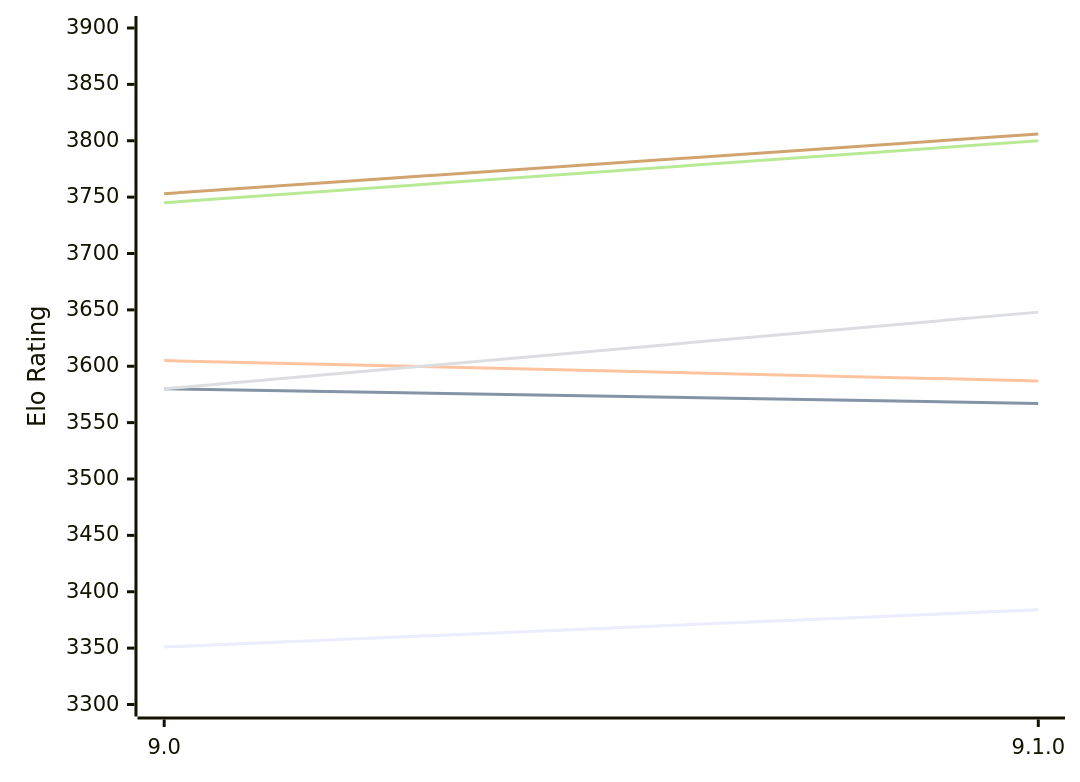
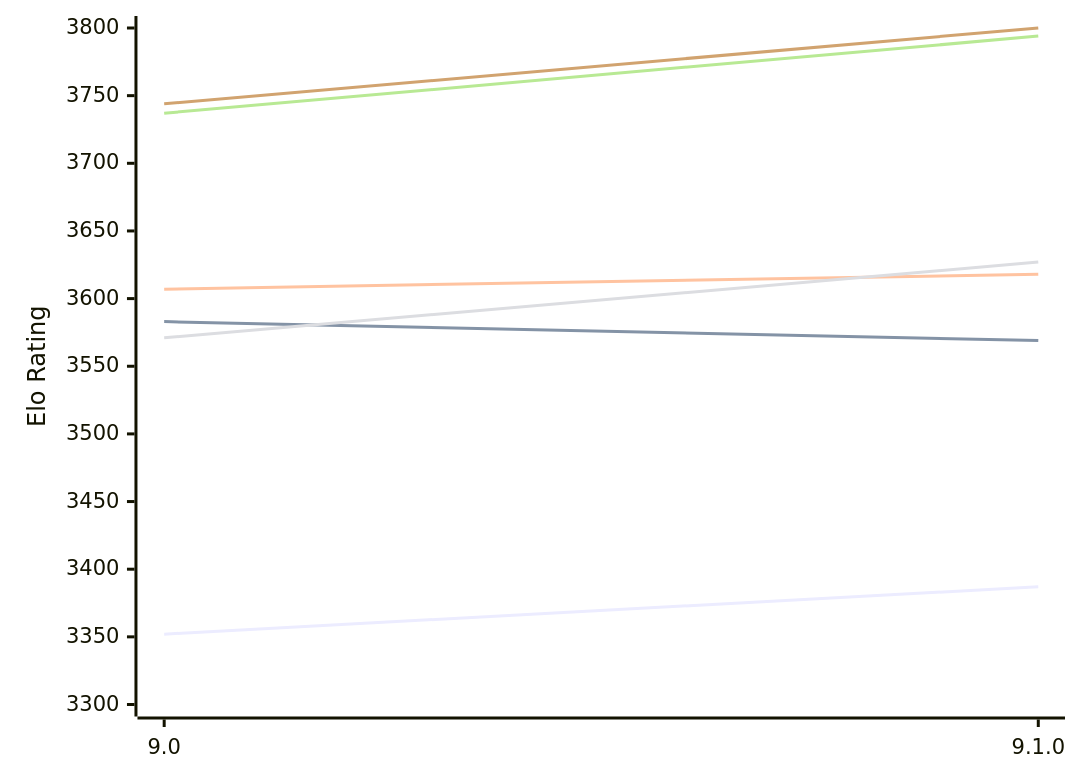
The first of 2 diagrams in engines/Alexandria.md (computer-chess-index/cci), drawn with Mermaid before and after one commit. The commit also changed other lines of this file, not shown here.

Commit message:
Update CCI Ratings (ELO VLTC) - 2026-10-12

````diff
--- a/engines/Alexandria.md
+++ b/engines/Alexandria.md
@@ -54,12 +54,12 @@
 ```mermaid
 %%{init: {"theme":"base","themeVariables":{"seriesColors:['#a3a3a3','#222221','#faa371']}}}%%
 xychart-beta
   x-axis ["9.0", "9.1.0"]
-  y-axis "Elo Rating" 3300 --> 3900
-  line "E1: STC (8.0+0.08s)" [3351, 3384]
-  line "E1: LTC (60.0+0.60s)" [3580, 3567]
-  line "E1: VLTC (2m24s+1.12s)" [3605, 3587]
-  line "P1: STC (8.0+0.08s)" [3580, 3648]
-  line "P1: LTC (60.0+0.60s)" [3745, 3800]
-  line "P1: VLTC (2m24s+1.12s)" [3753, 3806]
+  y-axis "Elo Rating" 3300 --> 3800
+  line "E1: STC (8.0+0.08s)" [3352, 3387]
+  line "E1: LTC (60.0+0.60s)" [3583, 3569]
+  line "E1: VLTC (2m24s+1.12s)" [3607, 3618]
+  line "P1: STC (8.0+0.08s)" [3571, 3627]
+  line "P1: LTC (60.0+0.60s)" [3737, 3794]
+  line "P1: VLTC (2m24s+1.12s)" [3744, 3800]
 ```
````
